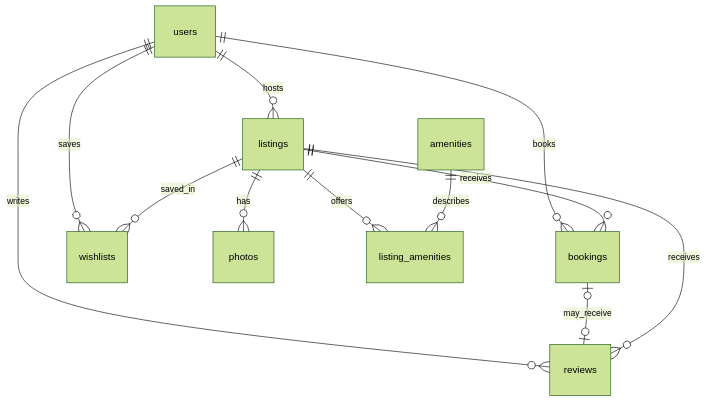
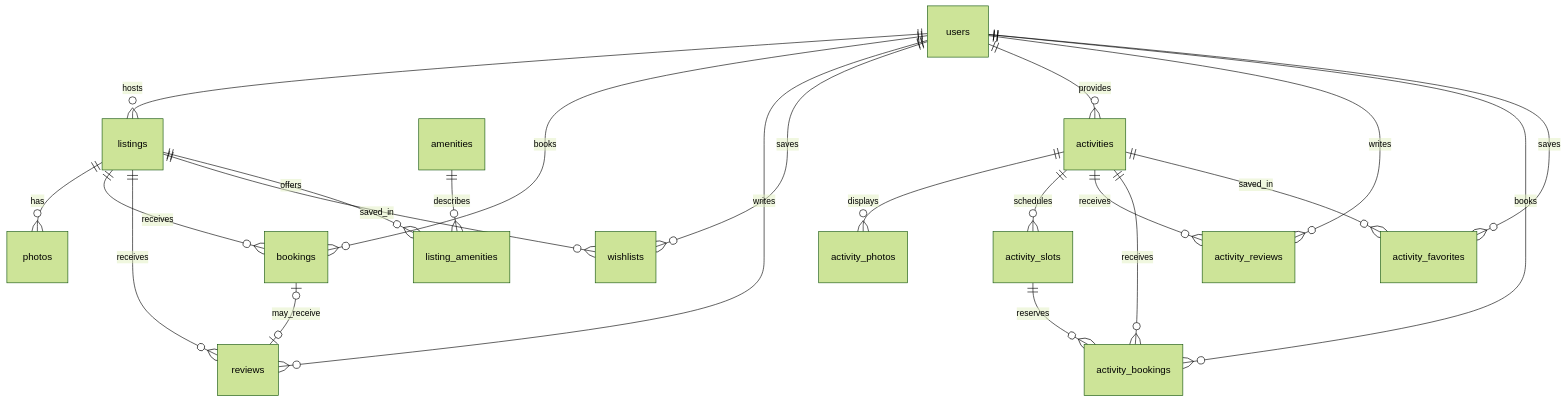
The diagram in README.md (gursimarsingh1001/airbnb-fullstack-marketplace), drawn with Mermaid (forest theme) before and after one commit. The commit also changed other lines of this file and 21 other files, not shown here.

````diff
--- a/README.md
+++ b/README.md
@@ -119,14 +130,24 @@
 ```mermaid
 erDiagram
     users ||--o{ listings : hosts
     users ||--o{ bookings : books
     users ||--o{ reviews : writes
     users ||--o{ wishlists : saves
     listings ||--o{ photos : has
     listings ||--o{ bookings : receives
     bookings o|--o| reviews : may_receive
     listings ||--o{ reviews : receives
     listings ||--o{ wishlists : saved_in
     listings ||--o{ listing_amenities : offers
     amenities ||--o{ listing_amenities : describes
+    users ||--o{ activities : provides
+    activities ||--o{ activity_photos : displays
+    activities ||--o{ activity_slots : schedules
+    activities ||--o{ activity_reviews : receives
+    users ||--o{ activity_reviews : writes
+    activity_slots ||--o{ activity_bookings : reserves
+    activities ||--o{ activity_bookings : receives
+    users ||--o{ activity_bookings : books
+    users ||--o{ activity_favorites : saves
+    activities ||--o{ activity_favorites : saved_in
 ```
````
